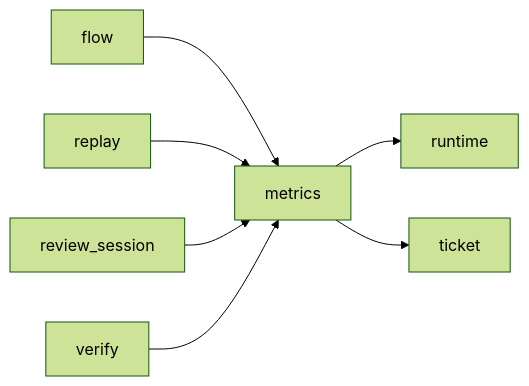
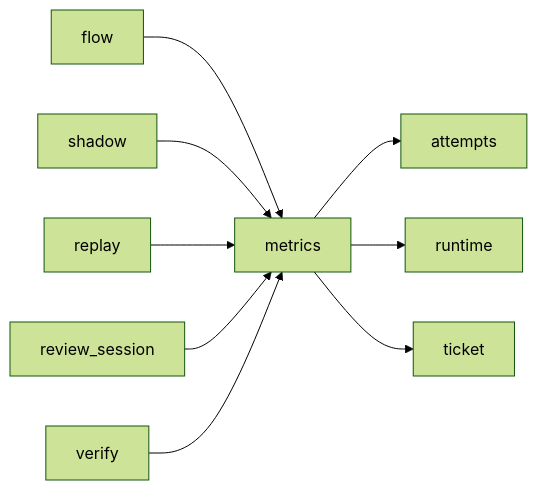
Before and after one commit to plaplanche/ariane: the diagram in docs/architecture/modules/metrics.md, drawn with Mermaid (forest theme). The commit also changed other lines of this file and 23 other files, not shown here.

Commit message:
#97: Shadow mode: ariane start --shadow in a separate clone, agent push and PR attempts counted (C19, C23, slice 4)

````diff
--- a/docs/architecture/modules/metrics.md
+++ b/docs/architecture/modules/metrics.md
@@ -16,9 +17,11 @@
 ```mermaid
 flowchart LR
+  metrics --> attempts
   metrics --> runtime
   metrics --> ticket
   flow --> metrics
+  shadow --> metrics
   replay --> metrics
   review_session --> metrics
   verify --> metrics
 ```
````
